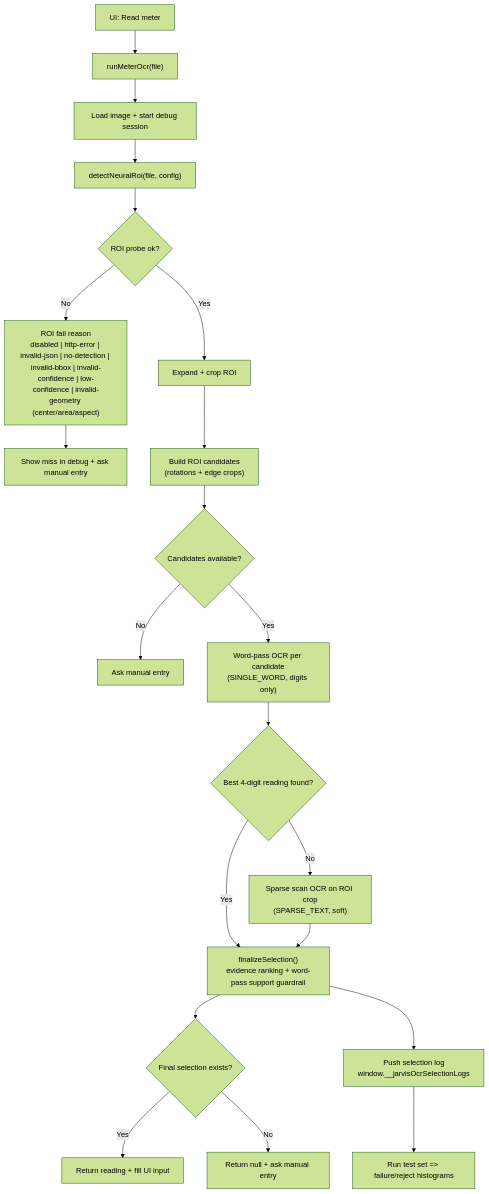
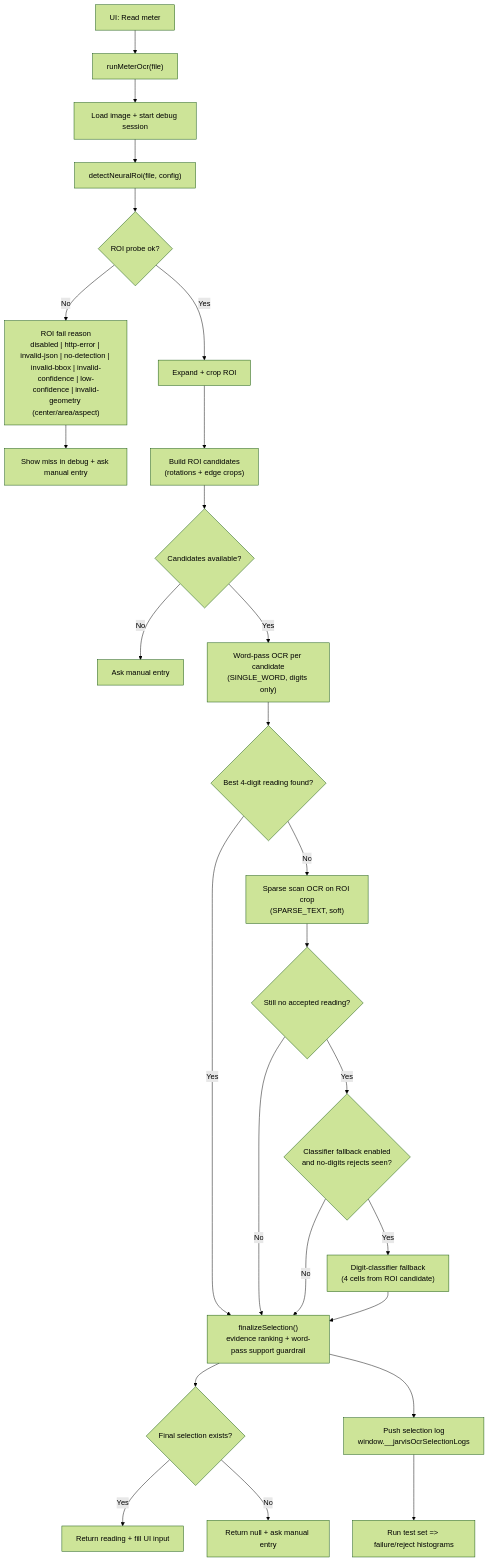
The diagram in docs/app-logic.md (AndreaPi/Jarvis), drawn with Mermaid (forest theme) before and after one commit. The commit also changed other lines of this file and 2 other files, not shown here.

Commit message:
Add gated digit-classifier fallback path

````diff
--- a/docs/app-logic.md
+++ b/docs/app-logic.md
@@ -7,28 +7,33 @@
 ```mermaid
 flowchart TD
   A["UI: Read meter"] --> B["runMeterOcr(file)"]
   B --> C["Load image + start debug session"]
   C --> D["detectNeuralRoi(file, config)"]
   D --> E{"ROI probe ok?"}
 
   E -- "No" --> F["ROI fail reason<br/>disabled | http-error | invalid-json | no-detection | invalid-bbox | invalid-confidence | low-confidence | invalid-geometry (center/area/aspect)"]
   F --> G["Show miss in debug + ask manual entry"]
 
   E -- "Yes" --> H["Expand + crop ROI"]
   H --> I["Build ROI candidates<br/>(rotations + edge crops)"]
   I --> J{"Candidates available?"}
   J -- "No" --> K["Ask manual entry"]
   J -- "Yes" --> L["Word-pass OCR per candidate<br/>(SINGLE_WORD, digits only)"]
 
   L --> M{"Best 4-digit reading found?"}
   M -- "No" --> N["Sparse scan OCR on ROI crop<br/>(SPARSE_TEXT, soft)"]
   M -- "Yes" --> O["finalizeSelection()<br/>evidence ranking + word-pass support guardrail"]
-  N --> O
+  N --> N2{"Still no accepted reading?"}
+  N2 -- "No" --> O
+  N2 -- "Yes" --> N3{"Classifier fallback enabled<br/>and no-digits rejects seen?"}
+  N3 -- "No" --> O
+  N3 -- "Yes" --> N4["Digit-classifier fallback<br/>(4 cells from ROI candidate)"]
+  N4 --> O
 
   O --> P{"Final selection exists?"}
   P -- "Yes" --> Q["Return reading + fill UI input"]
   P -- "No" --> R["Return null + ask manual entry"]
 
   O --> S["Push selection log<br/>window.__jarvisOcrSelectionLogs"]
   S --> T["Run test set => failure/reject histograms"]
 ```
````
